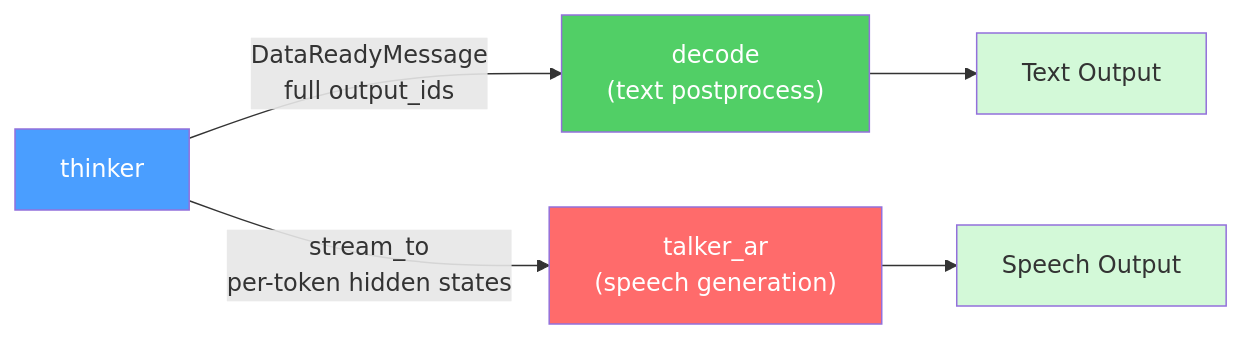
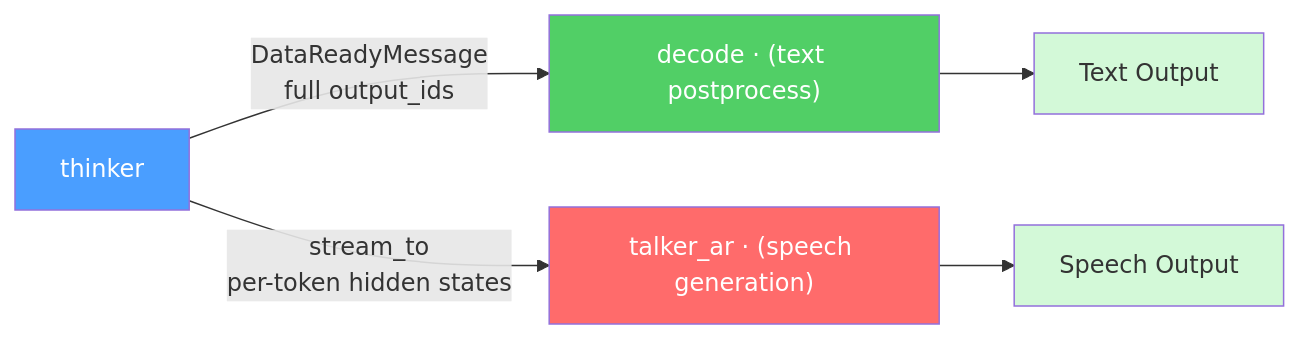
One commit to zhaochenyang20/Awesome-ML-SYS-Tutorial changed diagram 19 of 27 in sglang/sglang-omni/README.md. Above: the diagram before and after it, drawn with Mermaid. The commit also changed other lines of this file, not shown here.

First line of the commit message:
docs(sglang-omni): use single-line mermaid labels and redraw multi-model diagram with subgraphs

````diff
--- a/sglang/sglang-omni/README.md
+++ b/sglang/sglang-omni/README.md
@@ -823,18 +816,16 @@
 ```mermaid
 graph LR
     Th["thinker"]
 
-    Th --> |"DataReadyMessage<br/>full output_ids"| Dec["`decode
-(text postprocess)`"]
-    Th --> |"stream_to<br/>per-token hidden states"| Tk["`talker_ar
-(speech generation)`"]
+    Th --> |"DataReadyMessage<br/>full output_ids"| Dec["decode · (text postprocess)"]
+    Th --> |"stream_to<br/>per-token hidden states"| Tk["talker_ar · (speech generation)"]
 
     Dec --> TextOut["Text Output"]
     Tk --> SpeechOut["Speech Output"]
 
     style Th fill:#4a9eff,color:#fff
     style Dec fill:#51cf66,color:#fff
     style Tk fill:#ff6b6b,color:#fff
     style TextOut fill:#d3f9d8,color:#333
     style SpeechOut fill:#d3f9d8,color:#333
 ```
````
